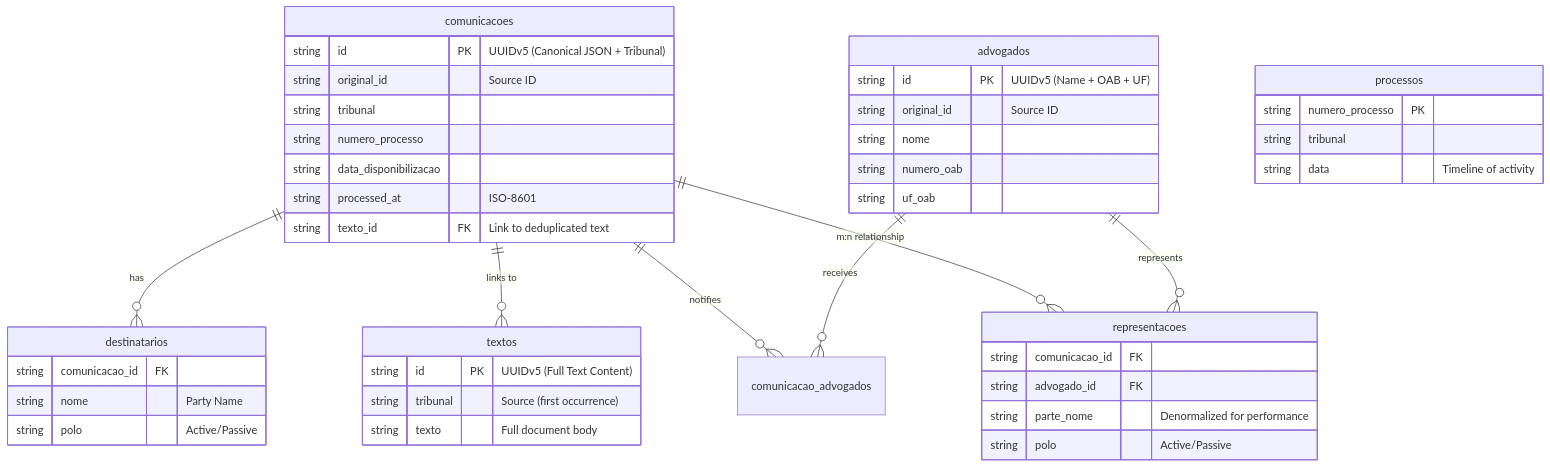
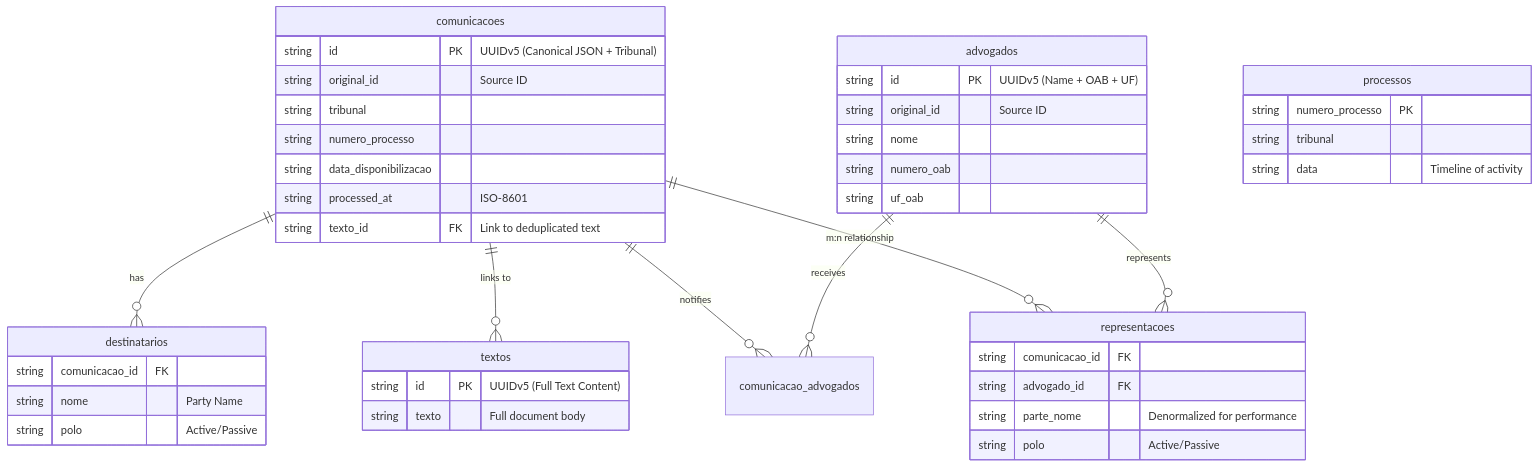
Before and after one commit to franklinbaldo/causaganha: the diagram in README.md, drawn with Mermaid.

Commit message:
Remove tribunal from textos ER diagram in README
Reflects the consolidate.py change: textos is purely
content-addressed (UUIDv5 of text only), so tribunal
does not belong in this table.

https://claude.ai/code/session_01LPuF2LUbRGoDkFp7YNMGkH

````diff
--- a/README.md
+++ b/README.md
@@ -102,52 +102,51 @@
 ```mermaid
 erDiagram
     comunicacoes ||--o{ destinatarios : "has"
     comunicacoes ||--o{ textos : "links to"
     comunicacoes ||--o{ comunicacao_advogados : "notifies"
     comunicacoes ||--o{ representacoes : "m:n relationship"
     advogados ||--o{ comunicacao_advogados : "receives"
     advogados ||--o{ representacoes : "represents"
 
     comunicacoes {
         string id PK "UUIDv5 (Canonical JSON + Tribunal)"
         string original_id "Source ID"
         string tribunal
         string numero_processo
         string data_disponibilizacao
         string processed_at "ISO-8601"
         string texto_id FK "Link to deduplicated text"
     }
 
     advogados {
         string id PK "UUIDv5 (Name + OAB + UF)"
         string original_id "Source ID"
         string nome
         string numero_oab
         string uf_oab
     }
 
     destinatarios {
         string comunicacao_id FK
         string nome "Party Name"
         string polo "Active/Passive"
     }
 
     representacoes {
         string comunicacao_id FK
         string advogado_id FK
         string parte_nome "Denormalized for performance"
         string polo "Active/Passive"
     }
 
     processos {
         string numero_processo PK
         string tribunal
         string data "Timeline of activity"
     }
 
     textos {
         string id PK "UUIDv5 (Full Text Content)"
-        string tribunal "Source (first occurrence)"
         string texto "Full document body"
     }
 ```
````
